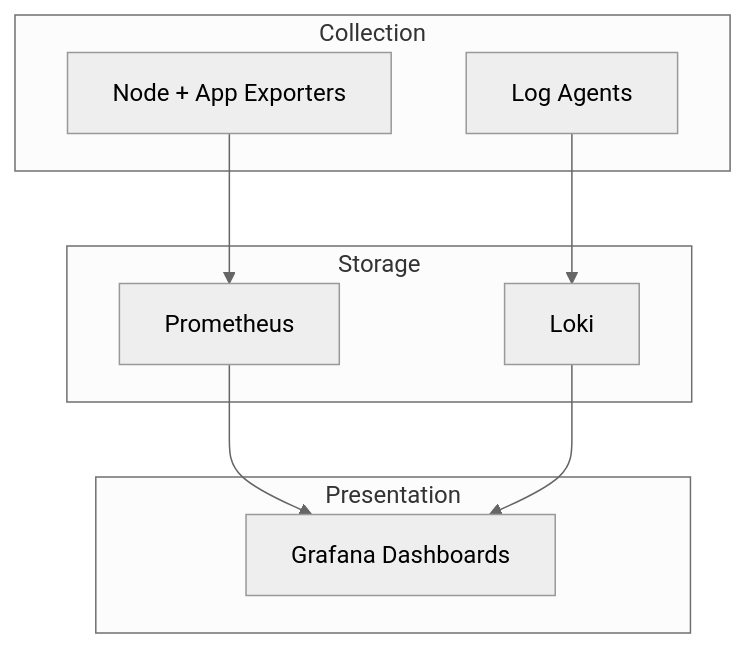
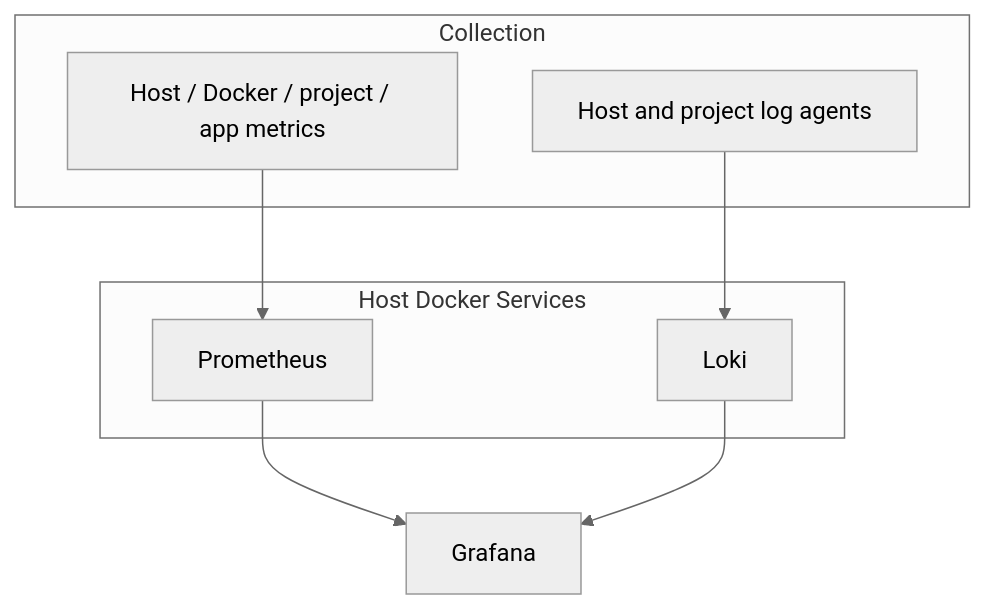
Before and after one commit to JT2M0L3Y/homelab: the third of 3 diagrams in docs/architecture/04-observability.md, drawn with Mermaid (neutral theme). The commit also changed other lines of this file and 13 other files, not shown here.

````diff
--- a/docs/architecture/04-observability.md
+++ b/docs/architecture/04-observability.md
@@ -53,21 +49,19 @@
 ```mermaid
 flowchart TB
     subgraph Collect["Collection"]
-        Exporters[Node + App Exporters]
-        Agents[Log Agents]
+        Exporters[Host / Docker / project / app metrics]
+        Agents[Host and project log agents]
     end
 
-    subgraph Store["Storage"]
+    subgraph Store["Host Docker Services"]
         Prom[Prometheus]
         Loki[Loki]
     end
 
-    subgraph Present["Presentation"]
-        Grafana[Grafana Dashboards]
-    end
+    Grafana[Grafana]
 
     Exporters --> Prom
     Agents --> Loki
     Prom --> Grafana
     Loki --> Grafana
 ```
````
